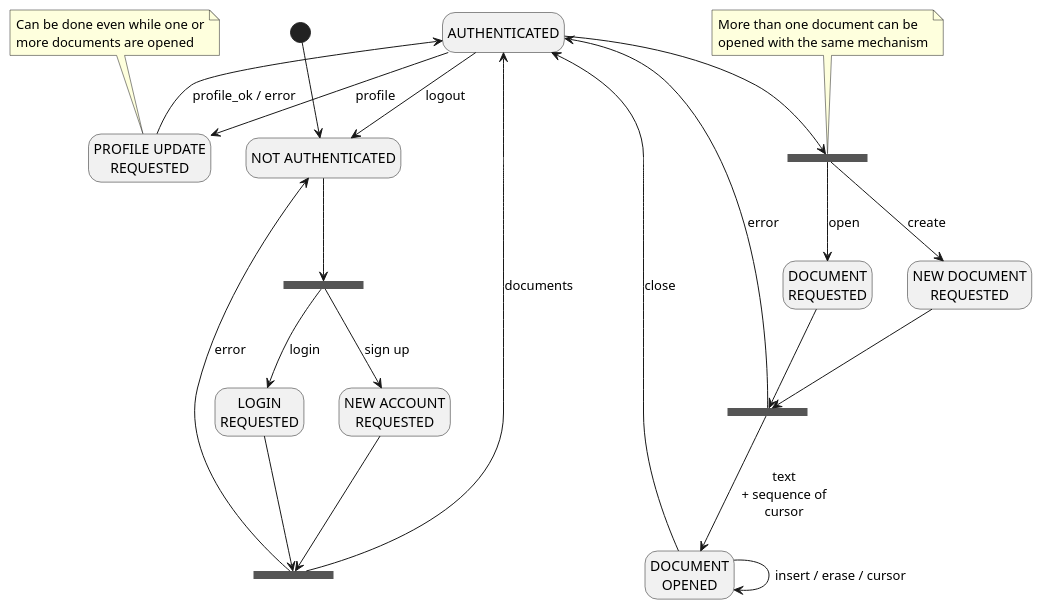
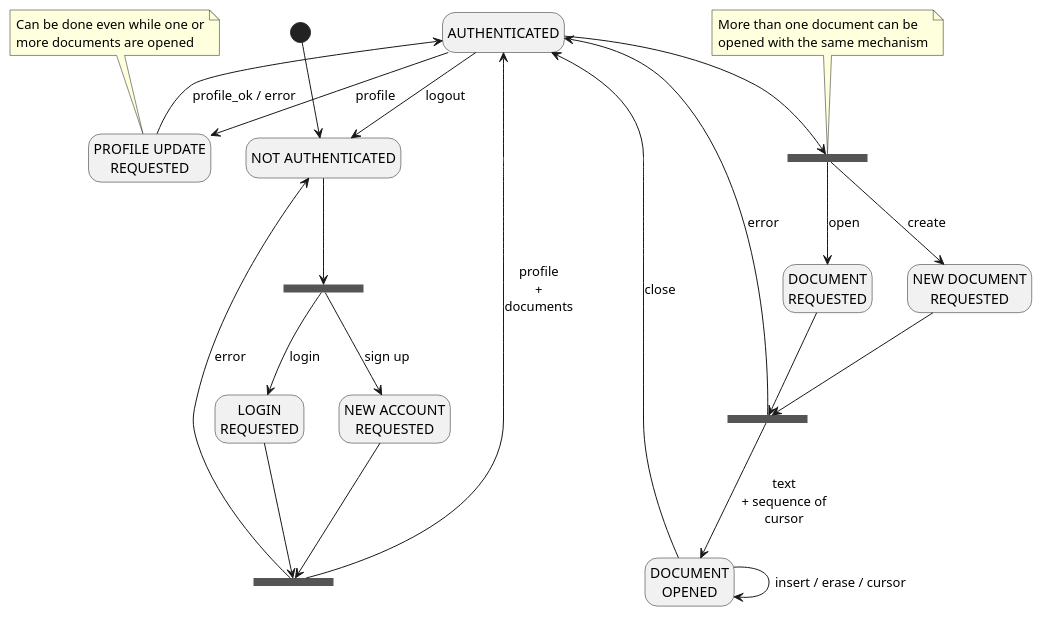
One commit to franco-ruggeri/write-together changed the diagram in docs/plantuml/protocol.pu. Above: the diagram before and after it, drawn with PlantUML. The commit also changed 18 other files, not shown here.

```diff
--- a/docs/plantuml/protocol.pu
+++ b/docs/plantuml/protocol.pu
@@ -1,44 +1,44 @@
 @startuml
 hide empty description
 
 state "NOT AUTHENTICATED" as na
 state "LOGIN\nREQUESTED" as lr
 state "NEW ACCOUNT\nREQUESTED" as nar
 state "AUTHENTICATED" as a
 state "DOCUMENT\nREQUESTED" as dr
 state "NEW DOCUMENT\nREQUESTED" as ndr
 state "DOCUMENT\nOPENED" as do
 state "PROFILE UPDATE\nREQUESTED" as pur
 state fork_authentication <<fork>>
 state join_authentication <<join>>
 state fork_document <<fork>>
 state join_document <<join>>
 
 [*] --> na
 
 na --> fork_authentication
 fork_authentication --> lr : login
 fork_authentication --> nar : sign up
 lr --> join_authentication
 nar --> join_authentication
-join_authentication --> a : documents
+join_authentication --> a : profile\n+\ndocuments
 join_authentication --> na : error
 
 a --> na : logout
 
 a -> pur : profile
 pur --> a : profile_ok / error
 
 a --> fork_document
 fork_document --> dr : open
 fork_document --> ndr : create
 dr --> join_document
 ndr --> join_document
 join_document --> do : text\n+ sequence of\ncursor
 join_document --> a : error
 do --> a : close
 do --> do : insert / erase / cursor
 
 note top of pur : Can be done even while one or\nmore documents are opened
 note top of fork_document : More than one document can be\nopened with the same mechanism
 @enduml
```
